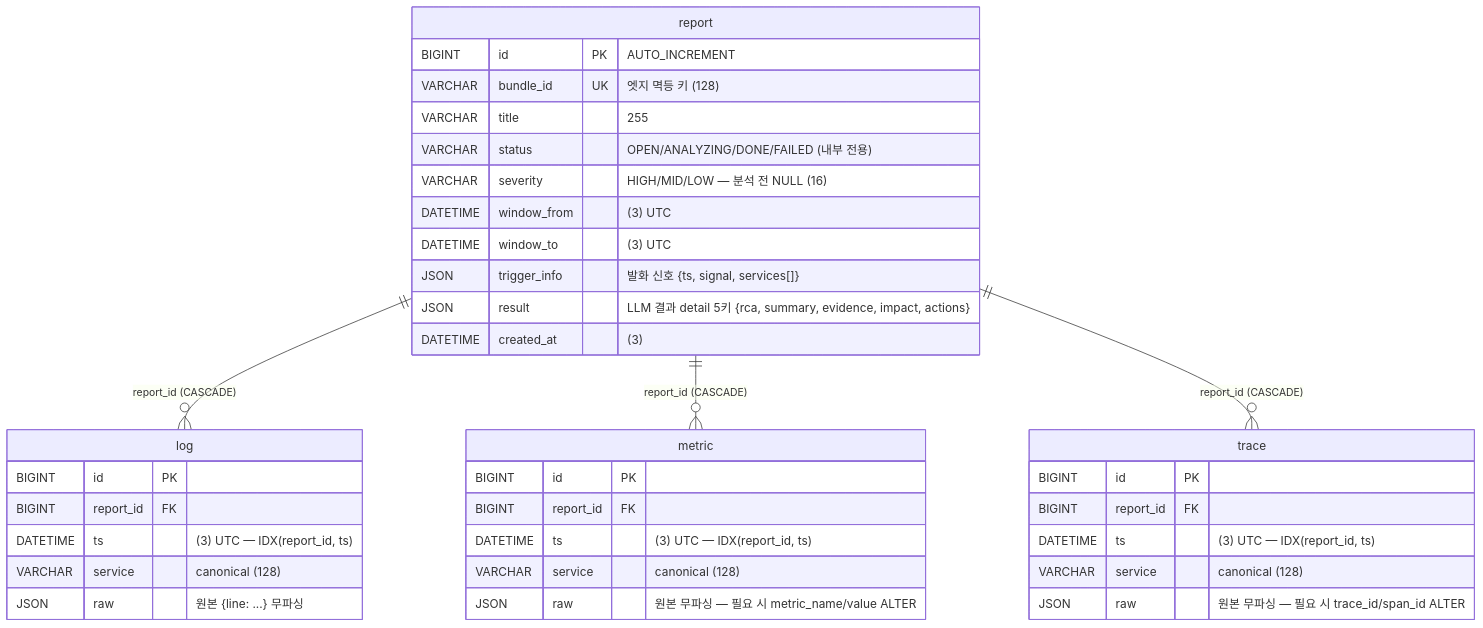
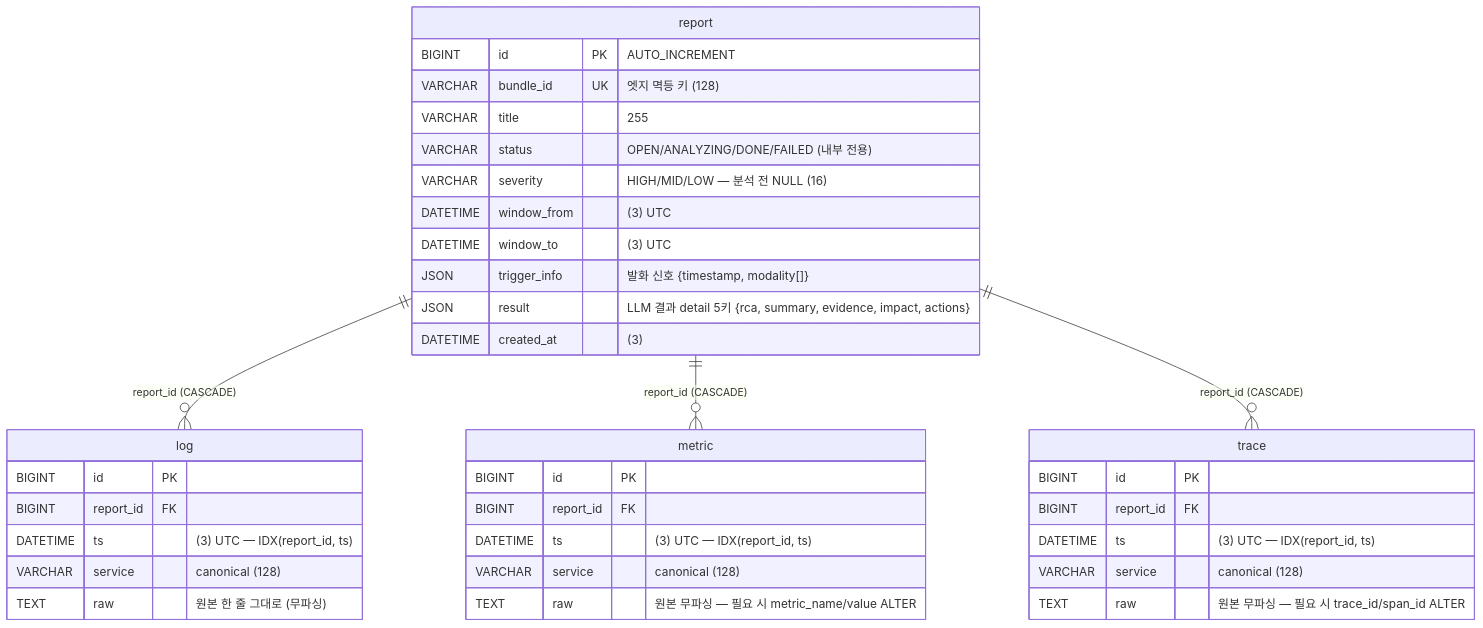
The diagram in docs/schema.md (KT-AX-ICT/chok-v2-spring-backend), drawn with Mermaid before and after one commit. The commit also changed other lines of this file and 7 other files, not shown here.

First line of the commit message:
docs: /ingest 계약 개정 D-021·D-022 — trigger 2키·raw string·timestamp 개명·결과 PATCH 전부 DONE

````diff
--- a/docs/schema.md
+++ b/docs/schema.md
@@ -11,40 +13,40 @@
 ```mermaid
 erDiagram
     report ||--o{ log    : "report_id (CASCADE)"
     report ||--o{ metric : "report_id (CASCADE)"
     report ||--o{ trace  : "report_id (CASCADE)"
 
     report {
         BIGINT   id           PK "AUTO_INCREMENT"
         VARCHAR  bundle_id    UK "엣지 멱등 키 (128)"
         VARCHAR  title           "255"
         VARCHAR  status          "OPEN/ANALYZING/DONE/FAILED (내부 전용)"
         VARCHAR  severity        "HIGH/MID/LOW — 분석 전 NULL (16)"
         DATETIME window_from     "(3) UTC"
         DATETIME window_to       "(3) UTC"
-        JSON     trigger_info    "발화 신호 {ts, signal, services[]}"
+        JSON     trigger_info    "발화 신호 {timestamp, modality[]}"
         JSON     result          "LLM 결과 detail 5키 {rca, summary, evidence, impact, actions}"
         DATETIME created_at      "(3)"
     }
     log {
         BIGINT   id        PK
         BIGINT   report_id FK
         DATETIME ts           "(3) UTC — IDX(report_id, ts)"
         VARCHAR  service      "canonical (128)"
-        JSON     raw          "원본 {line: ...} 무파싱"
+        TEXT     raw          "원본 한 줄 그대로 (무파싱)"
     }
     metric {
         BIGINT   id        PK
         BIGINT   report_id FK
         DATETIME ts           "(3) UTC — IDX(report_id, ts)"
         VARCHAR  service      "canonical (128)"
-        JSON     raw          "원본 무파싱 — 필요 시 metric_name/value ALTER"
+        TEXT     raw          "원본 무파싱 — 필요 시 metric_name/value ALTER"
     }
     trace {
         BIGINT   id        PK
         BIGINT   report_id FK
         DATETIME ts           "(3) UTC — IDX(report_id, ts)"
         VARCHAR  service      "canonical (128)"
-        JSON     raw          "원본 무파싱 — 필요 시 trace_id/span_id ALTER"
+        TEXT     raw          "원본 무파싱 — 필요 시 trace_id/span_id ALTER"
     }
 ```
````
